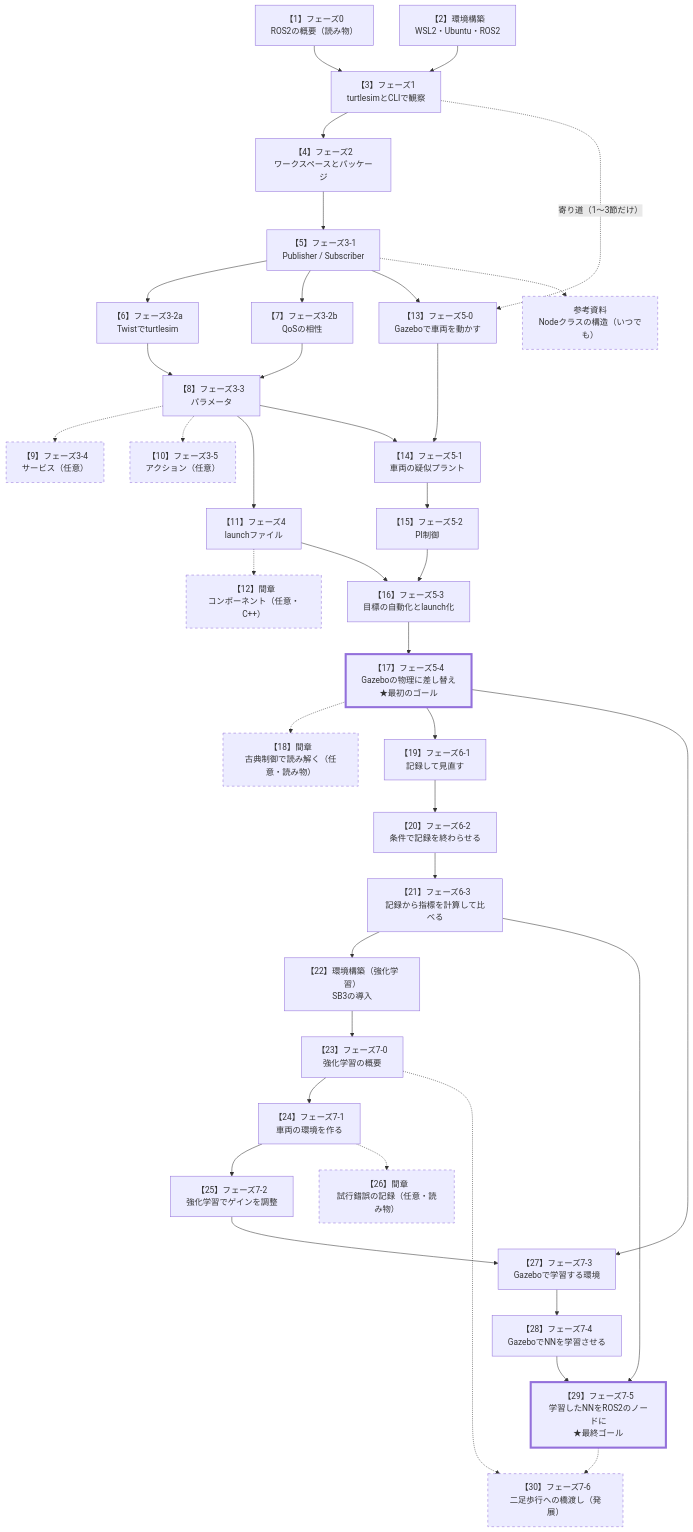
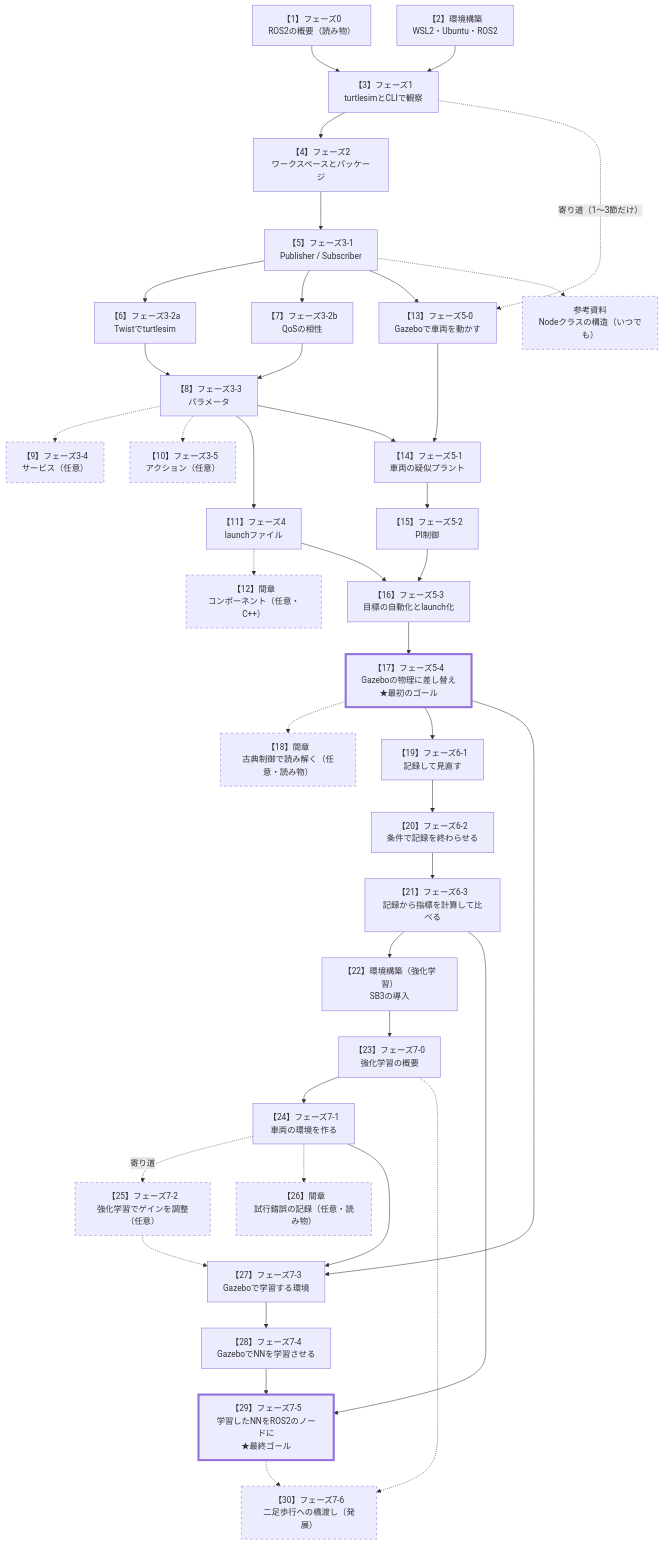
The second of 2 diagrams in README.md (SanghunIm1991/ros2MinimalPhysicalAi), drawn with Mermaid before and after one commit. The commit also changed other lines of this file and 14 other files, not shown here.

````diff
--- a/README.md
+++ b/README.md
@@ -128,45 +128,46 @@
 ```mermaid
 flowchart TB
     P0["【1】フェーズ0<br/>ROS2の概要（読み物）"] --> P1
     SETUP["【2】環境構築<br/>WSL2・Ubuntu・ROS2"] --> P1
     P1["【3】フェーズ1<br/>turtlesimとCLIで観察"] --> P2["【4】フェーズ2<br/>ワークスペースとパッケージ"]
     P2 --> P31["【5】フェーズ3-1<br/>Publisher / Subscriber"]
     P31 --> P32a["【6】フェーズ3-2a<br/>Twistでturtlesim"]
     P31 --> P32b["【7】フェーズ3-2b<br/>QoSの相性"]
     P32a --> P33["【8】フェーズ3-3<br/>パラメータ"]
     P32b --> P33
     P33 -.-> P34["【9】フェーズ3-4<br/>サービス（任意）"]
     P33 -.-> P35["【10】フェーズ3-5<br/>アクション（任意）"]
     P33 --> P4["【11】フェーズ4<br/>launchファイル"]
     P4 -.-> INT["【12】間章<br/>コンポーネント（任意・C++）"]
     P31 --> P50["【13】フェーズ5-0<br/>Gazeboで車両を動かす"]
     P1 -.->|"寄り道（1〜3節だけ）"| P50
     P33 --> P51["【14】フェーズ5-1<br/>車両の疑似プラント"]
     P50 --> P51
     P51 --> P52["【15】フェーズ5-2<br/>PI制御"]
     P4 --> P53["【16】フェーズ5-3<br/>目標の自動化とlaunch化"]
     P52 --> P53
     P53 --> P54["【17】フェーズ5-4<br/>Gazeboの物理に差し替え<br/>★最初のゴール"]
     P54 -.-> INT3["【18】間章<br/>古典制御で読み解く（任意・読み物）"]
     P54 --> P61["【19】フェーズ6-1<br/>記録して見直す"]
     P61 --> P62["【20】フェーズ6-2<br/>条件で記録を終わらせる"]
     P62 --> P63["【21】フェーズ6-3<br/>記録から指標を計算して比べる"]
     P63 --> SETRL["【22】環境構築（強化学習）<br/>SB3の導入"]
     SETRL --> P70["【23】フェーズ7-0<br/>強化学習の概要"]
     P70 --> P71["【24】フェーズ7-1<br/>車両の環境を作る"]
-    P71 --> P72["【25】フェーズ7-2<br/>強化学習でゲインを調整"]
+    P71 -.->|"寄り道"| P72["【25】フェーズ7-2<br/>強化学習でゲインを調整（任意）"]
     P71 -.-> INT2["【26】間章<br/>試行錯誤の記録（任意・読み物）"]
     P54 --> P73
-    P72 --> P73["【27】フェーズ7-3<br/>Gazeboで学習する環境"]
+    P71 --> P73["【27】フェーズ7-3<br/>Gazeboで学習する環境"]
+    P72 -.-> P73
     P73 --> P74["【28】フェーズ7-4<br/>GazeboでNNを学習させる"]
     P63 --> P75
     P74 --> P75["【29】フェーズ7-5<br/>学習したNNをROS2のノードに<br/>★最終ゴール"]
     P70 -.-> P76
     P75 -.-> P76["【30】フェーズ7-6<br/>二足歩行への橋渡し（発展）"]
     P31 -.-> REF["参考資料<br/>Nodeクラスの構造（いつでも）"]
 
     classDef optional stroke-dasharray: 5 5
     classDef goal stroke-width: 4px
-    class P34,P35,INT,INT3,REF,INT2,P76 optional
+    class P34,P35,INT,INT3,REF,P72,INT2,P76 optional
     class P54,P75 goal
 ```
````
